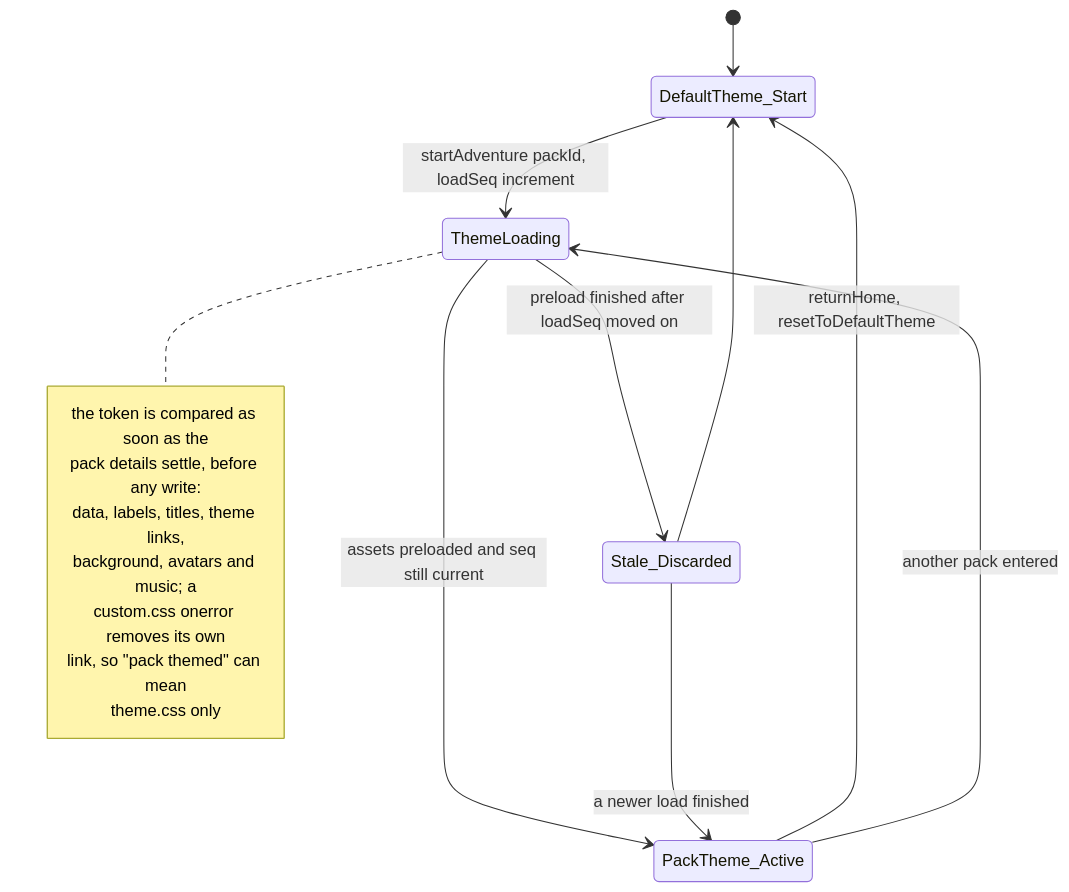
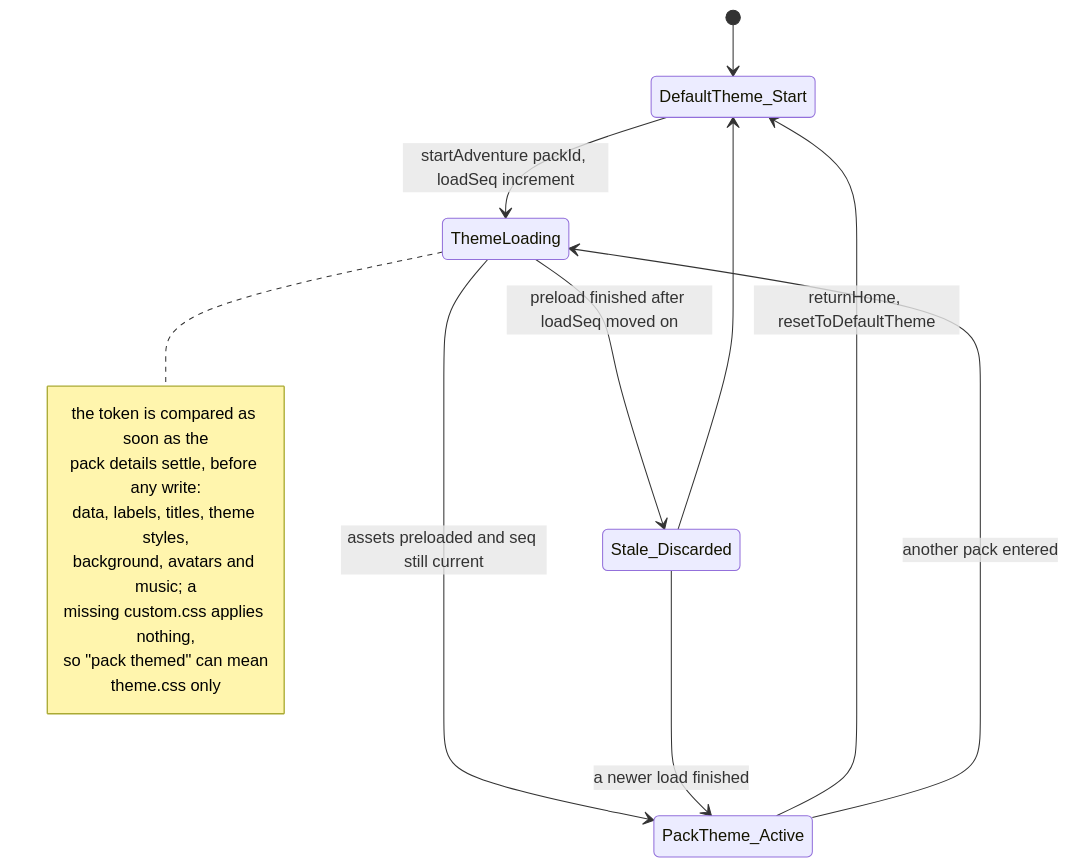
Diagram 13 of 46 in docu/state-machines.md (ghmer/rego-adventure), drawn with Mermaid before and after one commit. The commit also changed other lines of this file and 27 other files, not shown here.

````diff
--- a/docu/state-machines.md
+++ b/docu/state-machines.md
@@ -491,20 +491,20 @@
 ```mermaid
 stateDiagram-v2
     [*] --> DefaultTheme_Start
     DefaultTheme_Start --> ThemeLoading : startAdventure packId, loadSeq increment
     ThemeLoading --> PackTheme_Active : assets preloaded and seq still current
     ThemeLoading --> Stale_Discarded : preload finished after loadSeq moved on
     Stale_Discarded --> DefaultTheme_Start
     Stale_Discarded --> PackTheme_Active : a newer load finished
     PackTheme_Active --> DefaultTheme_Start : returnHome, resetToDefaultTheme
     PackTheme_Active --> ThemeLoading : another pack entered
     note right of ThemeLoading
         the token is compared as soon as the
         pack details settle, before any write:
-        data, labels, titles, theme links,
+        data, labels, titles, theme styles,
         background, avatars and music; a
-        custom.css onerror removes its own
-        link, so "pack themed" can mean
+        missing custom.css applies nothing,
+        so "pack themed" can mean
         theme.css only
     end note
 ```
````
